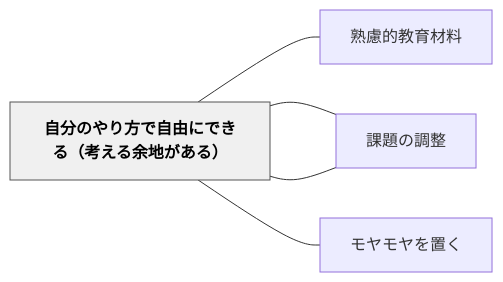
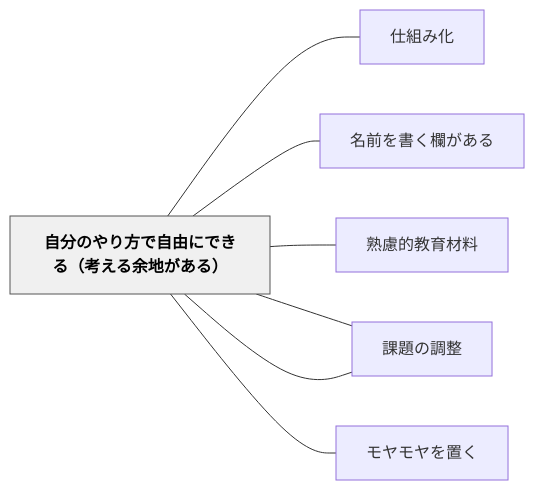
The diagram in content/パタン/自分のやり方で自由にできる（考える余地がある）.md (unknownthings-ed-patterns/unknownthings-ed-patterns), drawn with Mermaid before and after one commit. The commit also changed other lines of this file and 473 other files, not shown here.

````diff
--- a/content/パタン/自分のやり方で自由にできる（考える余地がある）.md
+++ b/content/パタン/自分のやり方で自由にできる（考える余地がある）.md
@@ -45,16 +47,20 @@
 ```mermaid
 flowchart LR
     ne887aae58886["自分のやり方で自由にできる（考える余地がある）"]
+    ne4bb95e7b584["仕組み化"]
+    ne5908de5898d["名前を書く欄がある"]
     ne7869fe685ae["熟慮的教育材料"]
     ne8aab2e9a18c["課題設定"]
     ne8aab2e9a18c["課題の調整"]
     ne383a2e383a4["モヤモヤを置く"]
 
+    ne887aae58886 --- ne4bb95e7b584
+    ne887aae58886 --- ne5908de5898d
     ne887aae58886 --- ne7869fe685ae
     ne887aae58886 --- ne8aab2e9a18c
     ne887aae58886 --- ne8aab2e9a18c
     ne887aae58886 --- ne383a2e383a4
 
     classDef hub fill:#f0f0f0,stroke:#555,color:#000,font-weight:bold
     class ne887aae58886 hub
 ```
````
